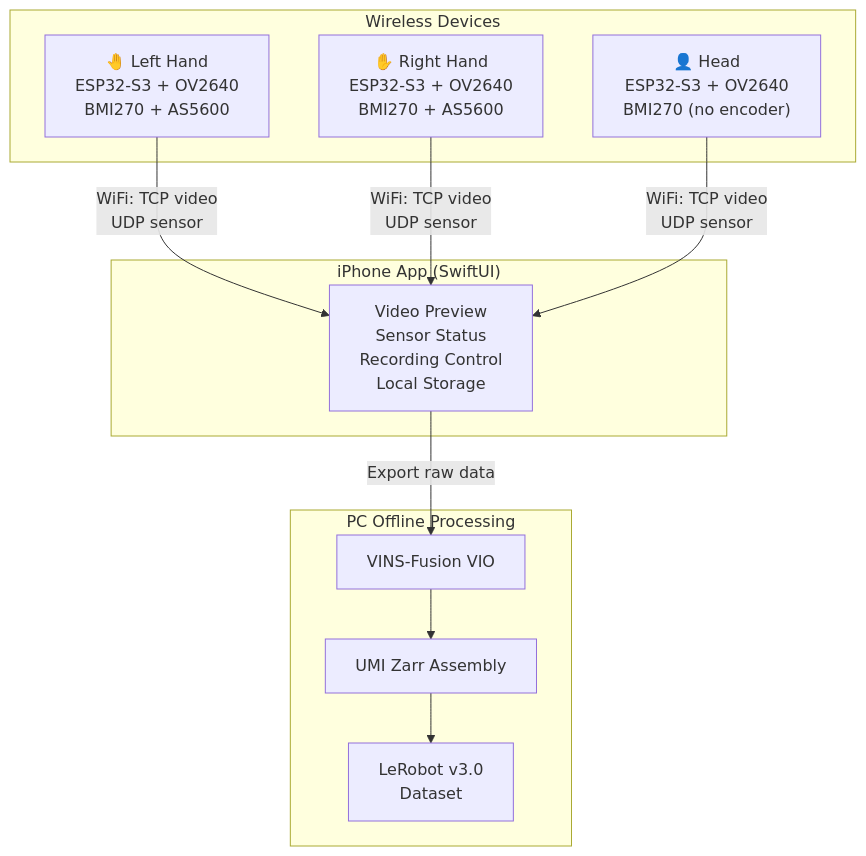
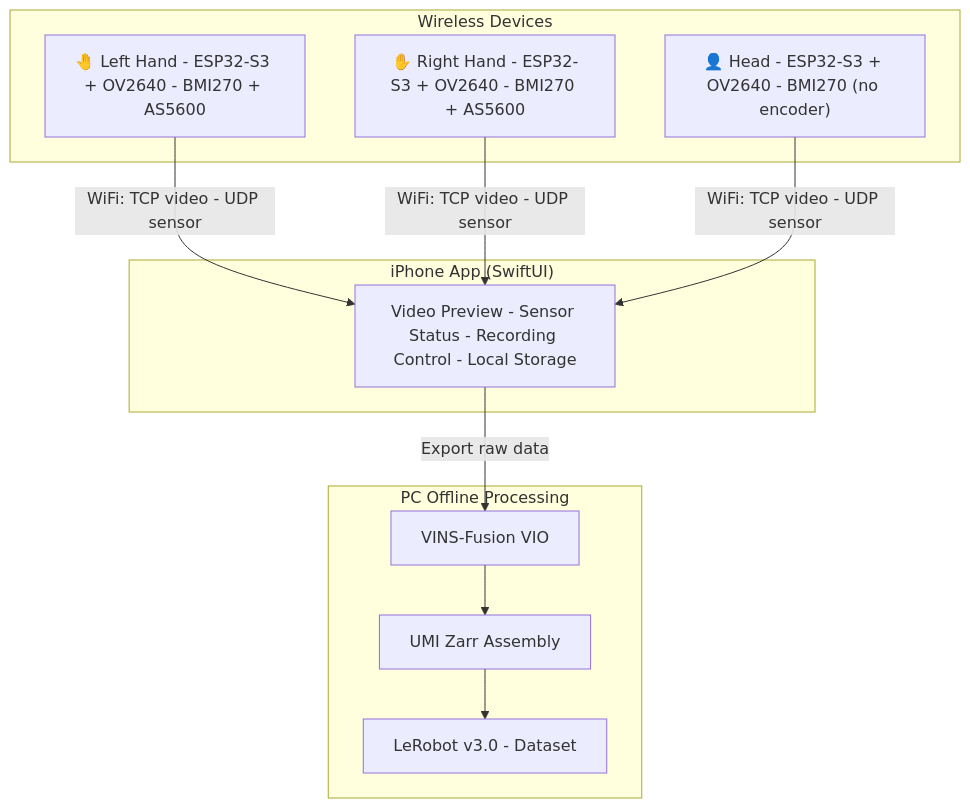
Before and after one commit to Auromix/OpenUMI: the first of 2 diagrams in README.md, drawn with Mermaid. The commit also changed other lines of this file and 5 other files, not shown here.

First line of the commit message:
Fix Mermaid: replace \n with single-line labels for GitHub

````diff
--- a/README.md
+++ b/README.md
@@ -25,25 +25,25 @@
 ```mermaid
 graph TD
     subgraph Devices["Wireless Devices"]
-        L["🤚 Left Hand\nESP32-S3 + OV2640\nBMI270 + AS5600"]
-        R["✋ Right Hand\nESP32-S3 + OV2640\nBMI270 + AS5600"]
-        H["👤 Head\nESP32-S3 + OV2640\nBMI270 (no encoder)"]
+        L["🤚 Left Hand - ESP32-S3 + OV2640 - BMI270 + AS5600"]
+        R["✋ Right Hand - ESP32-S3 + OV2640 - BMI270 + AS5600"]
+        H["👤 Head - ESP32-S3 + OV2640 - BMI270 (no encoder)"]
     end
 
     subgraph Phone["iPhone App (SwiftUI)"]
-        P["Video Preview\nSensor Status\nRecording Control\nLocal Storage"]
+        P["Video Preview - Sensor Status - Recording Control - Local Storage"]
     end
 
     subgraph PC["PC Offline Processing"]
         VIO["VINS-Fusion VIO"]
         CONV["UMI Zarr Assembly"]
-        LR["LeRobot v3.0\nDataset"]
+        LR["LeRobot v3.0 - Dataset"]
     end
 
-    L -- "WiFi: TCP video\nUDP sensor" --> P
-    R -- "WiFi: TCP video\nUDP sensor" --> P
-    H -- "WiFi: TCP video\nUDP sensor" --> P
+    L -- "WiFi: TCP video - UDP sensor" --> P
+    R -- "WiFi: TCP video - UDP sensor" --> P
+    H -- "WiFi: TCP video - UDP sensor" --> P
     P -- "Export raw data" --> VIO
     VIO --> CONV
     CONV --> LR
 ```
````
